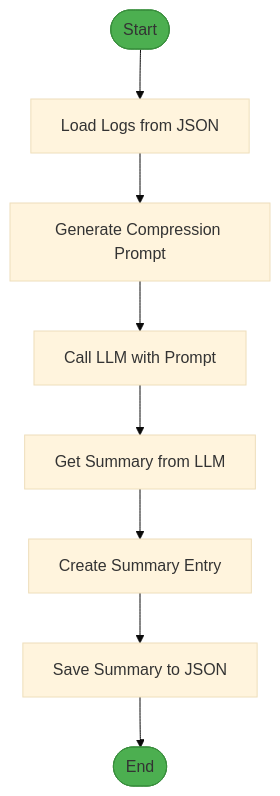
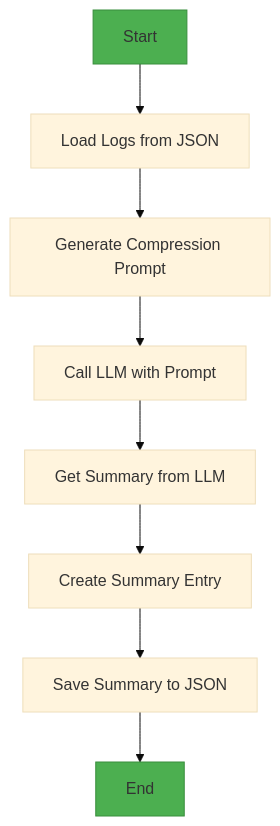
Before and after one commit to Likhithsai2580/RAVANA-WIKI: the fifth of 6 diagrams in docs/Services/Memory Service.md, drawn with Mermaid (base theme). The commit also changed 52 other files, not shown here.

First line of the commit message:
chore(docs): update documentation content, fix Mermaid diagrams, and enhance README

````diff
--- a/docs/Services/Memory Service.md
+++ b/docs/Services/Memory Service.md
@@ -187,12 +187,12 @@
 ```mermaid
 flowchart TD
-Start([Start]) --> LoadLogs["Load Logs from JSON"]
+Start["Start"] --> LoadLogs["Load Logs from JSON"]
 LoadLogs --> GeneratePrompt["Generate Compression Prompt"]
 GeneratePrompt --> CallLLM["Call LLM with Prompt"]
 CallLLM --> GetSummary["Get Summary from LLM"]
 GetSummary --> CreateEntry["Create Summary Entry"]
 CreateEntry --> SaveSummary["Save Summary to JSON"]
-SaveSummary --> End([End])
+SaveSummary --> End["End"]
 style Start fill:#4CAF50,stroke:#388E3C
 style End fill:#4CAF50,stroke:#388E3C
 ```
````
